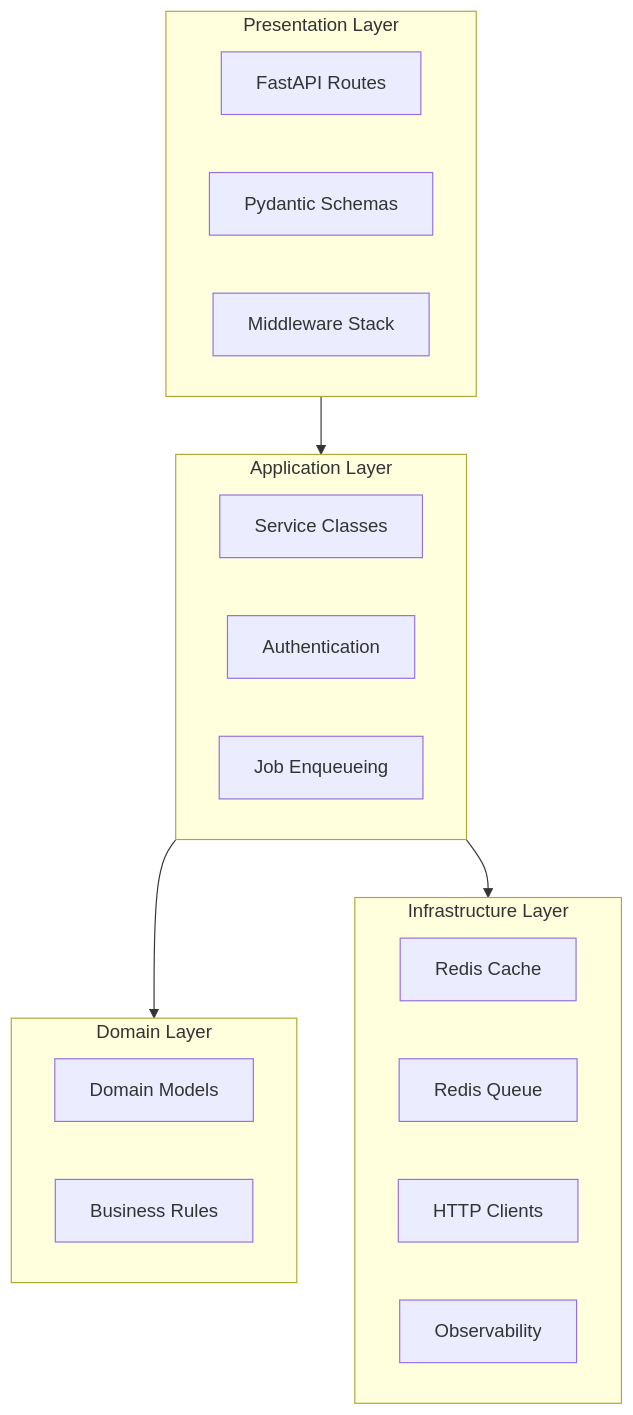
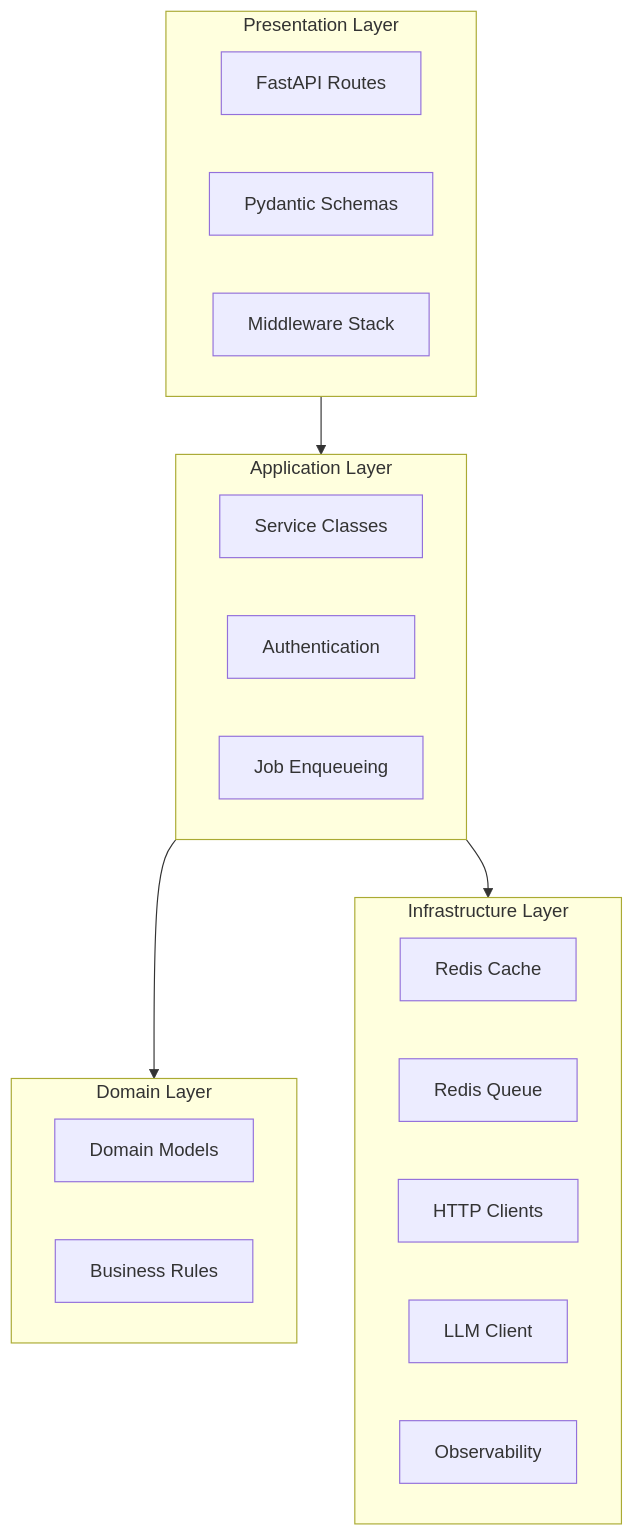
Before and after one commit to Recipe-Web-App/recipe-scraper-service: the first of 16 diagrams in docs/architecture.md, drawn with Mermaid. The commit also changed other lines of this file and 24 other files, not shown here.

````diff
--- a/docs/architecture.md
+++ b/docs/architecture.md
@@ -10,30 +10,31 @@
 ```mermaid
 flowchart TB
     subgraph Presentation["Presentation Layer"]
         API[FastAPI Routes]
         Schemas[Pydantic Schemas]
         Middleware[Middleware Stack]
     end
 
     subgraph Application["Application Layer"]
         Services[Service Classes]
         Auth[Authentication]
         Jobs[Job Enqueueing]
     end
 
     subgraph Domain["Domain Layer"]
         Models[Domain Models]
         Rules[Business Rules]
     end
 
     subgraph Infrastructure["Infrastructure Layer"]
         Cache[Redis Cache]
         Queue[Redis Queue]
         Clients[HTTP Clients]
+        LLM[LLM Client]
         Telemetry[Observability]
     end
 
     Presentation --> Application
     Application --> Domain
     Application --> Infrastructure
 ```
````
